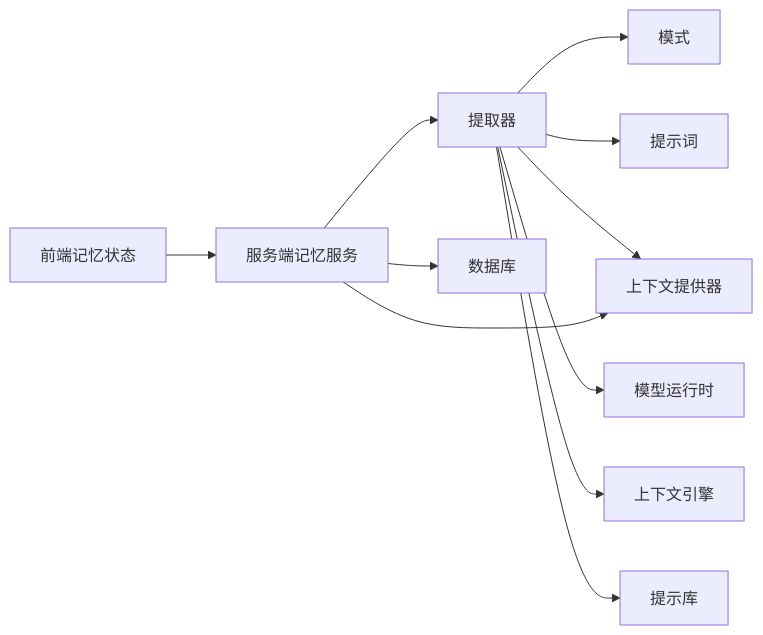
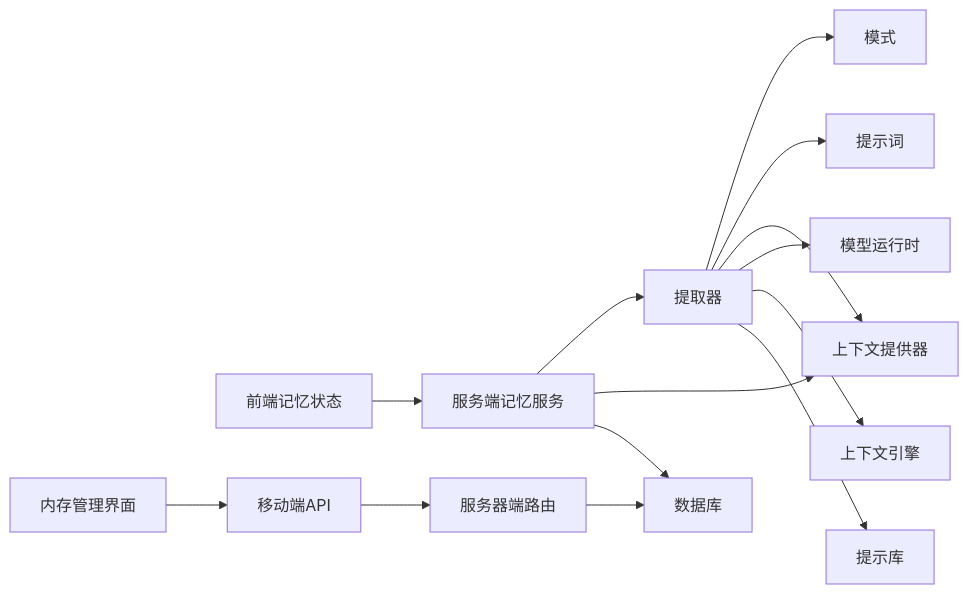
One commit to AvatoLabs/avato changed the eighth of 8 diagrams in .qoder/repowiki/zh/content/数据库设计/数据模型/用户记忆系统/用户记忆系统.md. Above: the diagram before and after it, drawn with Mermaid. The commit also changed other lines of this file and 23 other files, not shown here.

````diff
--- a/.qoder/repowiki/zh/content/数据库设计/数据模型/用户记忆系统/用户记忆系统.md
+++ b/.qoder/repowiki/zh/content/数据库设计/数据模型/用户记忆系统/用户记忆系统.md
@@ -414,13 +643,16 @@
 ```mermaid
 graph LR
 EX["提取器"] --> SC["模式"]
 EX --> PR["提示词"]
 EX --> CTX["上下文提供器"]
 EX --> MR["模型运行时"]
 EX --> CE["上下文引擎"]
 EX --> PM["提示库"]
 SV["服务端记忆服务"] --> EX
 SV --> CTX
 SV --> DB["数据库"]
 ST["前端记忆状态"] --> SV
+MS["内存管理界面"] --> API["移动端API"]
+API --> UMR["服务器端路由"]
+UMR --> DB
 ```
````
